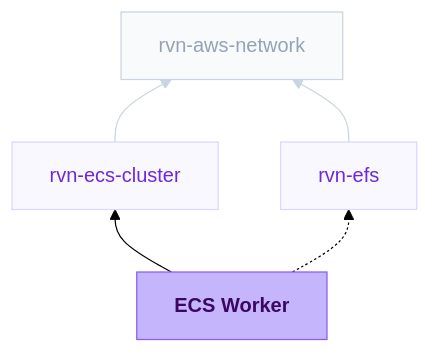
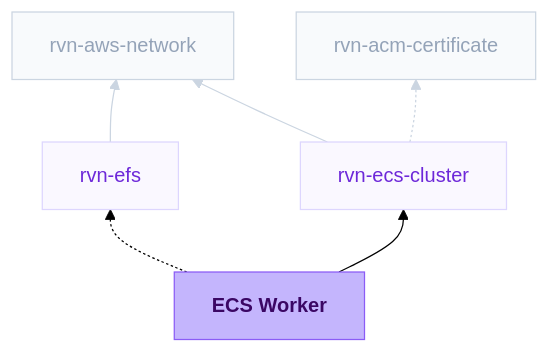
The diagram in module-definitions/catalog/rvn-ecs-worker.mdx (flightcontrolhq/docs), drawn with Mermaid (forest theme) before and after one commit. The commit also changed 7 other files, not shown here.

Commit message:
chore: sync module catalog docs

````diff
--- a/module-definitions/catalog/rvn-ecs-worker.mdx
+++ b/module-definitions/catalog/rvn-ecs-worker.mdx
@@ -13,21 +13,23 @@
 ```mermaid
 flowchart BT
   rvn_ecs_worker["<strong>ECS Worker</strong>"] --> rvn_ecs_cluster["rvn-ecs-cluster"]
   rvn_ecs_worker -.-> rvn_efs["rvn-efs"]
   rvn_ecs_cluster --> rvn_aws_network["rvn-aws-network"]
+  rvn_ecs_cluster -.-> rvn_acm_certificate["rvn-acm-certificate"]
   rvn_efs --> rvn_aws_network
 
   class rvn_ecs_worker current
   class rvn_ecs_cluster,rvn_efs dependency
-  class rvn_aws_network upstream
+  class rvn_aws_network,rvn_acm_certificate upstream
 
   classDef current fill:#C4B5FD,stroke:#8B5CF6,color:#3B0764
   classDef dependency fill:#FAF8FF,stroke:#DDD6FE,color:#6D28D9
   classDef consumer fill:#F3F4F6,stroke:#9CA3AF,color:#4B5563
   classDef upstream fill:#F8FAFC,stroke:#CBD5E1,color:#94A3B8
-  linkStyle 2,3 stroke:#CBD5E1,color:#94A3B8
+  linkStyle 2,3,4 stroke:#CBD5E1,color:#94A3B8
 
   click rvn_ecs_cluster "/module-definitions/catalog/rvn-ecs-cluster" "Open rvn-ecs-cluster docs"
   click rvn_efs "/module-definitions/catalog/rvn-efs" "Open rvn-efs docs"
   click rvn_aws_network "/module-definitions/catalog/rvn-aws-network" "Open rvn-aws-network docs"
+  click rvn_acm_certificate "/module-definitions/catalog/rvn-acm-certificate" "Open rvn-acm-certificate docs"
 ```
````
